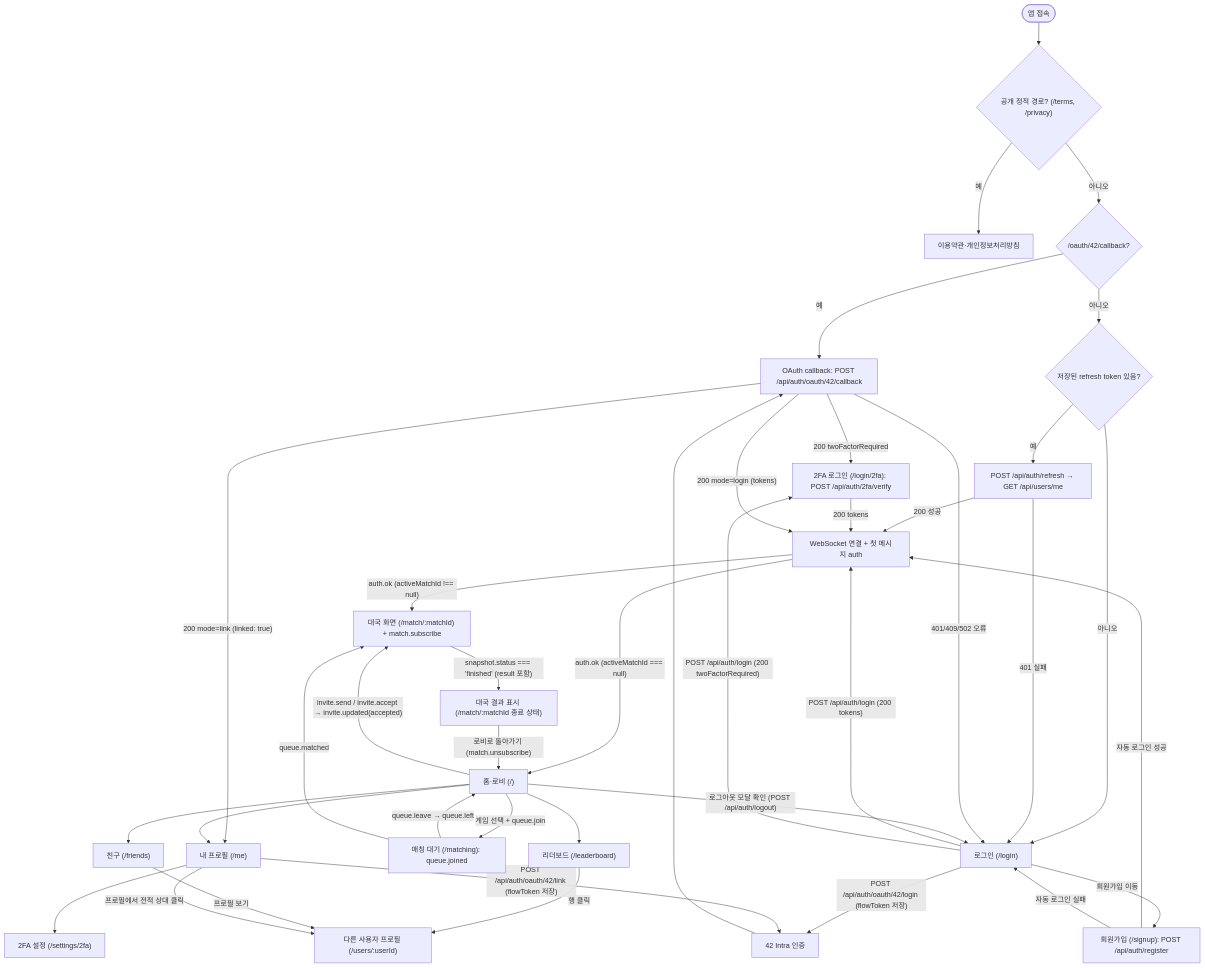
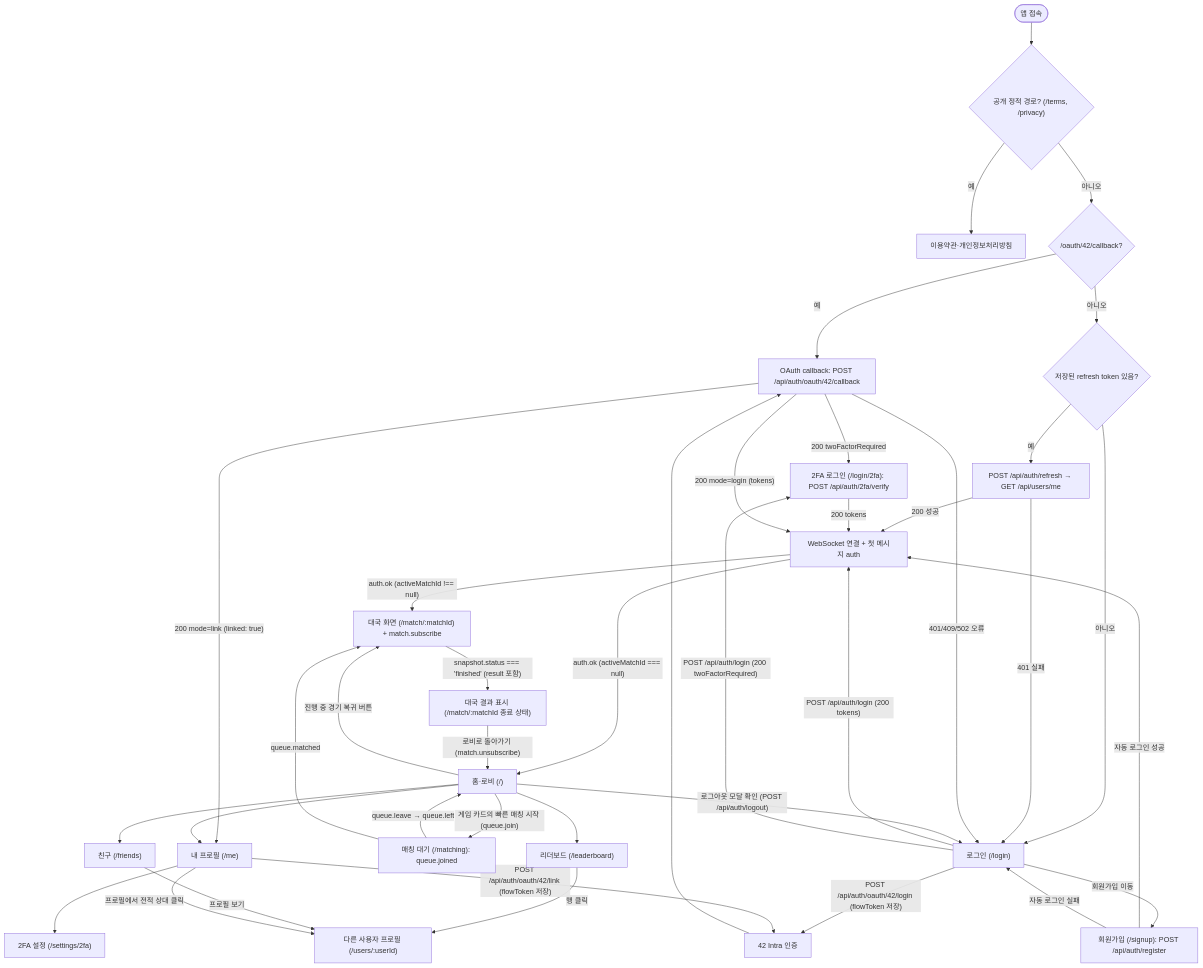
Before and after one commit to EscapeFromGyeongsan/ft_transcendence: the fourth of 53 diagrams in Document/SDS.md, drawn with Mermaid. The commit also changed other lines of this file and 8 other files, not shown here.

````diff
--- a/Document/SDS.md
+++ b/Document/SDS.md
@@ -320,49 +325,49 @@
 ```mermaid
 flowchart TD
     Start([앱 접속]) --> RouteCheck{"공개 정적 경로? (/terms, /privacy)"}
     RouteCheck -->|예| Legal[이용약관·개인정보처리방침]
     RouteCheck -->|아니오| CallbackCheck{"/oauth/42/callback?"}
     CallbackCheck -->|예| Callback["OAuth callback: POST /api/auth/oauth/42/callback"]
     CallbackCheck -->|아니오| HasToken{저장된 refresh token 있음?}
 
     HasToken -->|아니오| Login["로그인 (/login)"]
     HasToken -->|예| Refresh["POST /api/auth/refresh → GET /api/users/me"]
     Refresh -->|401 실패| Login
     Refresh -->|200 성공| WsAuth["WebSocket 연결 + 첫 메시지 auth"]
 
     Login -->|회원가입 이동| Signup["회원가입 (/signup): POST /api/auth/register"]
     Signup -->|자동 로그인 성공| WsAuth
     Signup -->|자동 로그인 실패| Login
 
     Login -->|"POST /api/auth/login (200 tokens)"| WsAuth
     Login -->|"POST /api/auth/login (200 twoFactorRequired)"| TwoFA["2FA 로그인 (/login/2fa): POST /api/auth/2fa/verify"]
     TwoFA -->|200 tokens| WsAuth
 
     Login -->|"POST /api/auth/oauth/42/login (flowToken 저장)"| Intra[42 Intra 인증]
     Intra --> Callback
     Callback -->|"200 twoFactorRequired"| TwoFA
     Callback -->|"200 mode=login (tokens)"| WsAuth
     Callback -->|"200 mode=link (linked: true)"| Me["내 프로필 (/me)"]
     Callback -->|401/409/502 오류| Login
 
     WsAuth -->|"auth.ok (activeMatchId !== null)"| Match["대국 화면 (/match/:matchId) + match.subscribe"]
     WsAuth -->|"auth.ok (activeMatchId === null)"| Lobby["홈·로비 (/)"]
 
-    Lobby -->|"게임 선택 + queue.join"| Matching["매칭 대기 (/matching): queue.joined"]
+    Lobby -->|"게임 카드의 빠른 매칭 시작 (queue.join)"| Matching["매칭 대기 (/matching): queue.joined"]
     Matching -->|"queue.leave → queue.left"| Lobby
     Matching -->|queue.matched| Match
-    Lobby -->|"invite.send / invite.accept → invite.updated(accepted)"| Match
+    Lobby -->|"진행 중 경기 복귀 버튼"| Match
 
     Match -->|"snapshot.status === 'finished' (result 포함)"| Result["대국 결과 표시 (/match/:matchId 종료 상태)"]
     Result -->|"로비로 돌아가기 (match.unsubscribe)"| Lobby
 
     Lobby --> Leaderboard["리더보드 (/leaderboard)"]
     Lobby --> Me
     Lobby --> Friends["친구 (/friends)"]
     Leaderboard -->|행 클릭| Other["다른 사용자 프로필 (/users/:userId)"]
     Friends -->|프로필 보기| Other
     Me -->|프로필에서 전적 상대 클릭| Other
     Me --> Settings2FA["2FA 설정 (/settings/2fa)"]
     Me -->|"POST /api/auth/oauth/42/link (flowToken 저장)"| Intra
     Lobby -->|"로그아웃 모달 확인 (POST /api/auth/logout)"| Login
 ```
````
